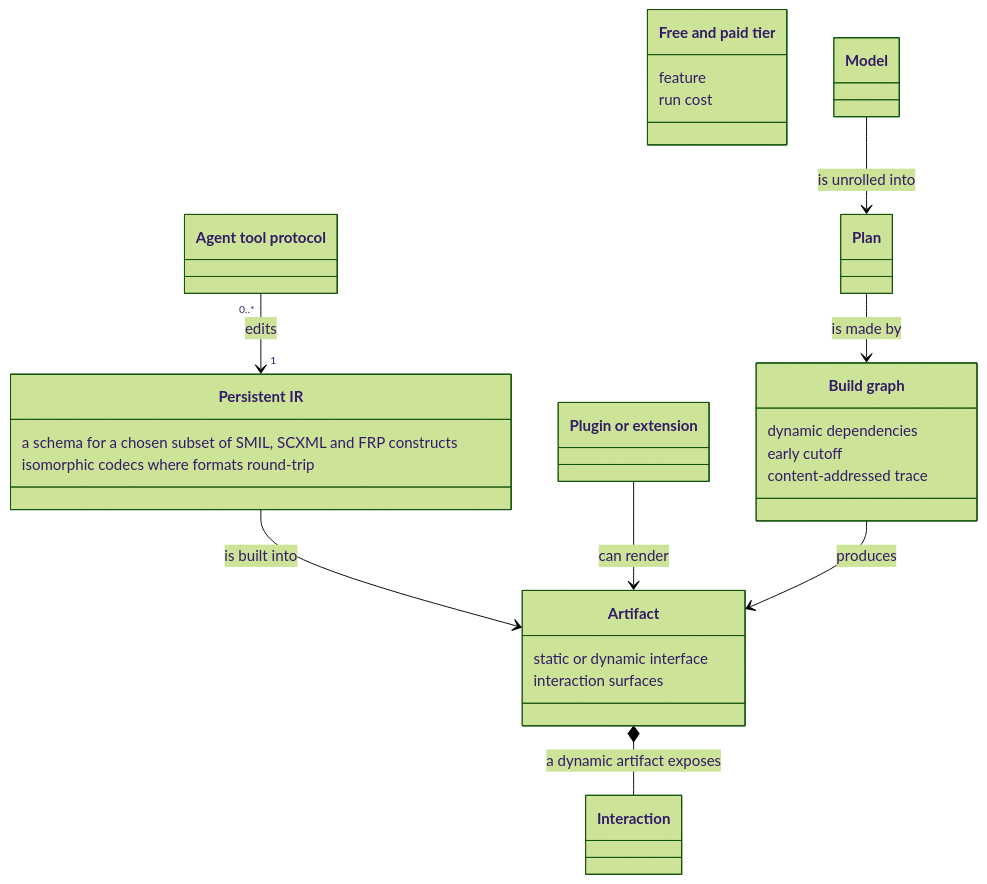
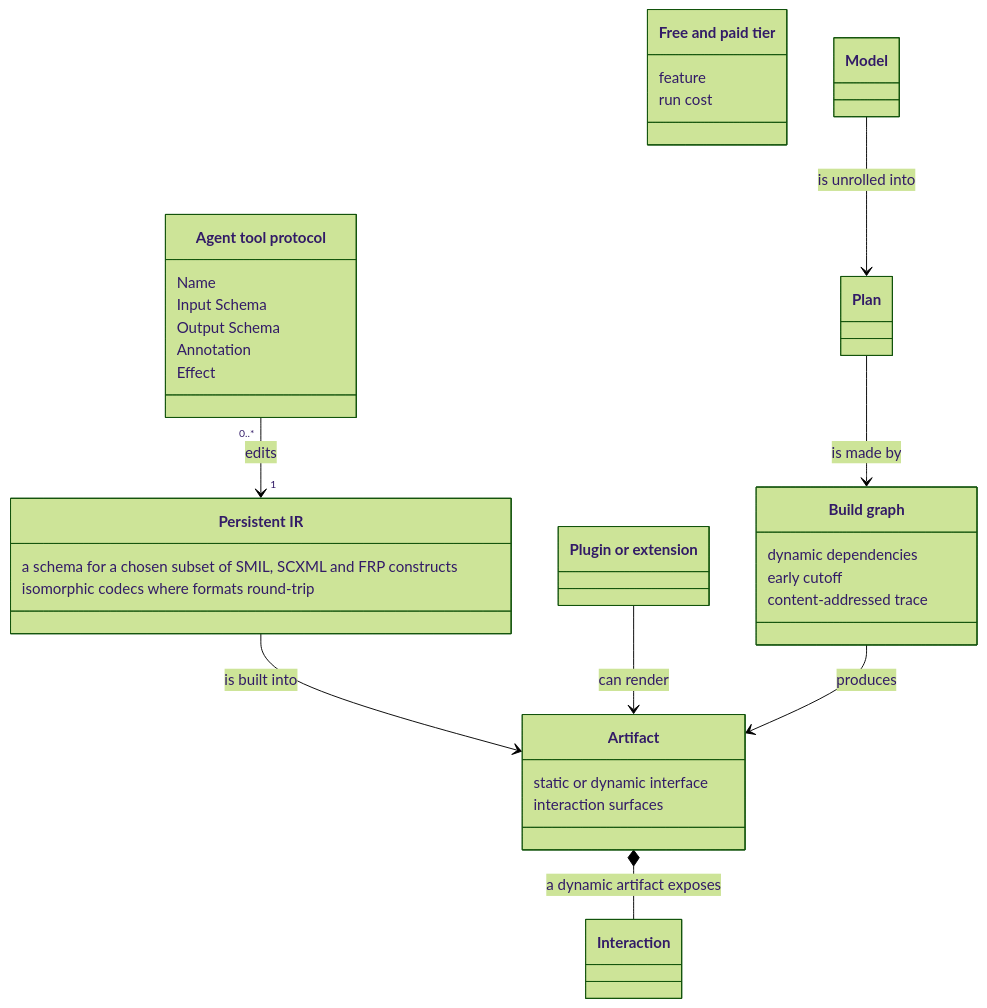
One commit to reebeat/.github changed the first of 4 diagrams in docs/concepts.md. Above: the diagram before and after it, drawn with Mermaid (forest theme). The commit also changed other lines of this file and 35 other files, not shown here.

````diff
--- a/docs/concepts.md
+++ b/docs/concepts.md
@@ -13,28 +13,33 @@
 ```mermaid
 classDiagram
     class concept_org_ir["Persistent IR"]
     concept_org_ir : a schema for a chosen subset of SMIL, SCXML and FRP constructs
     concept_org_ir : isomorphic codecs where formats round-trip
     class concept_org_artifact["Artifact"]
     concept_org_artifact : static or dynamic interface
     concept_org_artifact : interaction surfaces
     class concept_org_interaction["Interaction"]
     class concept_org_tier["Free and paid tier"]
     concept_org_tier : feature
     concept_org_tier : run cost
     class concept_org_plugin["Plugin or extension"]
     class concept_org_agent_tool_protocol["Agent tool protocol"]
+    concept_org_agent_tool_protocol : Name
+    concept_org_agent_tool_protocol : Input Schema
+    concept_org_agent_tool_protocol : Output Schema
+    concept_org_agent_tool_protocol : Annotation
+    concept_org_agent_tool_protocol : Effect
     class concept_org_model["Model"]
     class concept_org_plan["Plan"]
     class concept_org_build_graph["Build graph"]
     concept_org_build_graph : dynamic dependencies
     concept_org_build_graph : early cutoff
     concept_org_build_graph : content-addressed trace
     concept_org_ir --> concept_org_artifact : is built into
     concept_org_artifact *-- concept_org_interaction : a dynamic artifact exposes
     concept_org_plugin --> concept_org_artifact : can render
     concept_org_agent_tool_protocol "0..*" -->  "1"concept_org_ir : edits
     concept_org_model --> concept_org_plan : is unrolled into
     concept_org_plan --> concept_org_build_graph : is made by
     concept_org_build_graph --> concept_org_artifact : produces
 ```
````
